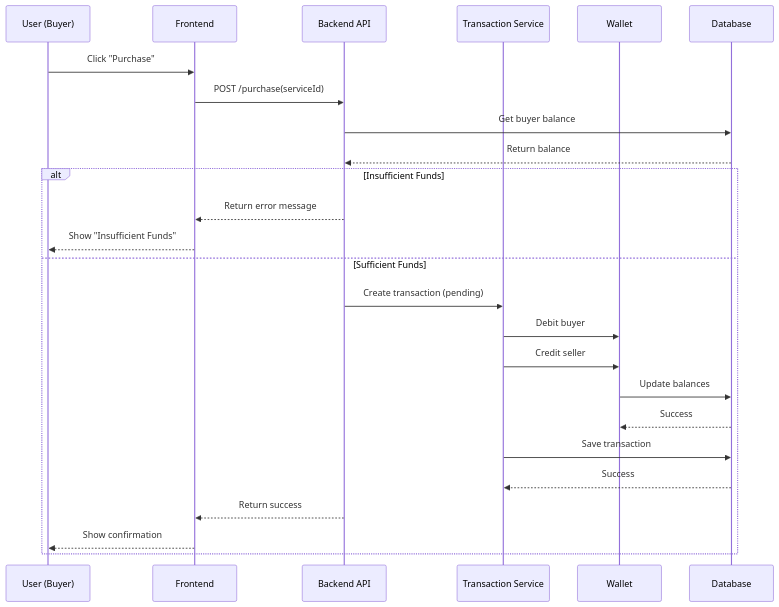
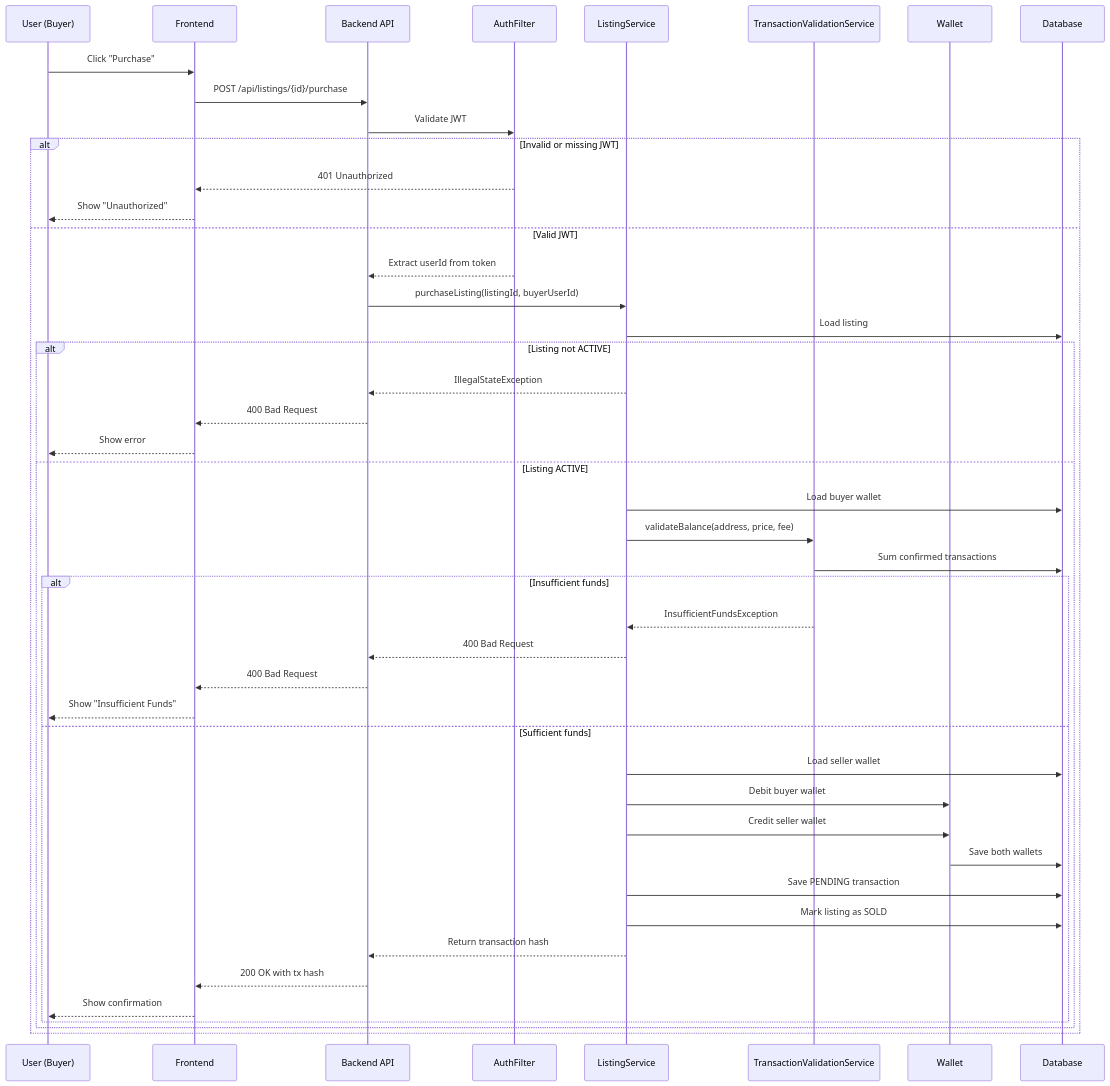
One commit to Kshitij2004/TimeCoin-Project changed the sixth of 6 diagrams in README.md. Above: the diagram before and after it, drawn with Mermaid.

Commit message:
updated sequence diagram

````diff
--- a/README.md
+++ b/README.md
@@ -414,30 +414,51 @@
 ```mermaid
 sequenceDiagram
     participant U as User (Buyer)
     participant F as Frontend
     participant B as Backend API
-    participant T as Transaction Service
+    participant A as AuthFilter
+    participant LS as ListingService
+    participant TVS as TransactionValidationService
     participant W as Wallet
     participant DB as Database
 
     U->>F: Click "Purchase"
-    F->>B: POST /purchase(serviceId)
-
-    B->>DB: Get buyer balance
-    DB-->>B: Return balance
-
-    alt Insufficient Funds
-        B-->>F: Return error message
-        F-->>U: Show "Insufficient Funds"
-    else Sufficient Funds
-        B->>T: Create transaction (pending)
-        T->>W: Debit buyer
-        T->>W: Credit seller
-        W->>DB: Update balances
-        DB-->>W: Success
-        T->>DB: Save transaction
-        DB-->>T: Success
-        B-->>F: Return success
-        F-->>U: Show confirmation
+    F->>B: POST /api/listings/{id}/purchase
+    B->>A: Validate JWT
+    
+    alt Invalid or missing JWT
+        A-->>F: 401 Unauthorized
+        F-->>U: Show "Unauthorized"
+    else Valid JWT
+        A-->>B: Extract userId from token
+        B->>LS: purchaseListing(listingId, buyerUserId)
+        LS->>DB: Load listing
+        
+        alt Listing not ACTIVE
+            LS-->>B: IllegalStateException
+            B-->>F: 400 Bad Request
+            F-->>U: Show error
+        else Listing ACTIVE
+            LS->>DB: Load buyer wallet
+            LS->>TVS: validateBalance(address, price, fee)
+            TVS->>DB: Sum confirmed transactions
+            
+            alt Insufficient funds
+                TVS-->>LS: InsufficientFundsException
+                LS-->>B: 400 Bad Request
+                B-->>F: 400 Bad Request
+                F-->>U: Show "Insufficient Funds"
+            else Sufficient funds
+                LS->>DB: Load seller wallet
+                LS->>W: Debit buyer wallet
+                LS->>W: Credit seller wallet
+                W->>DB: Save both wallets
+                LS->>DB: Save PENDING transaction
+                LS->>DB: Mark listing as SOLD
+                LS-->>B: Return transaction hash
+                B-->>F: 200 OK with tx hash
+                F-->>U: Show confirmation
+            end
+        end
     end
 ```
````
